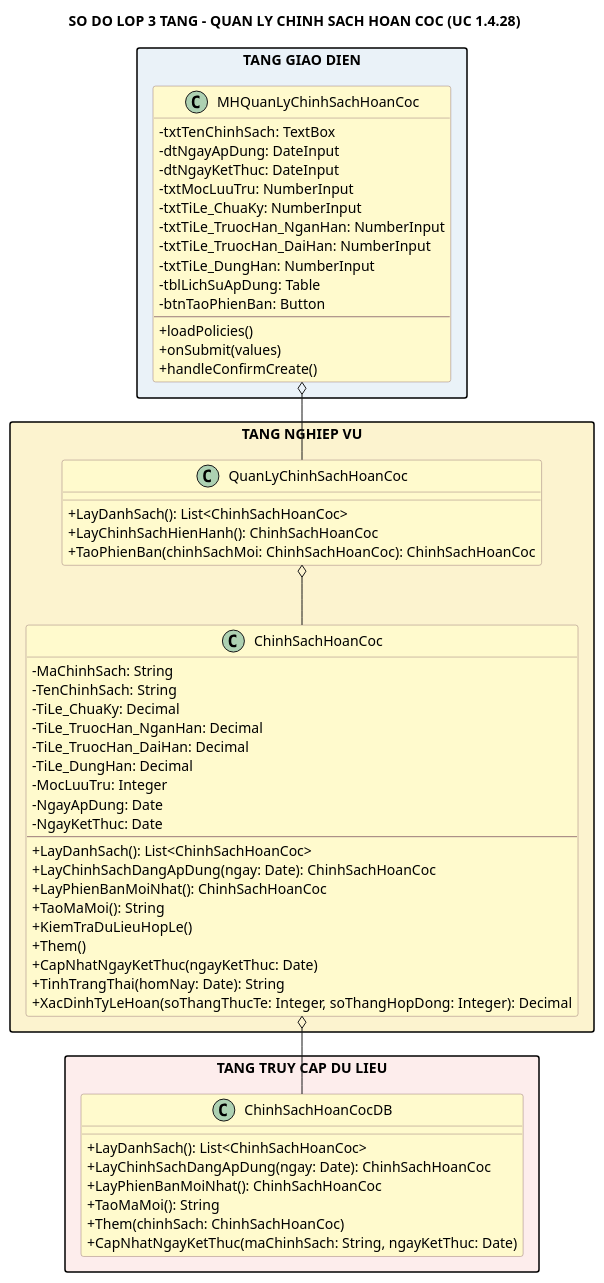
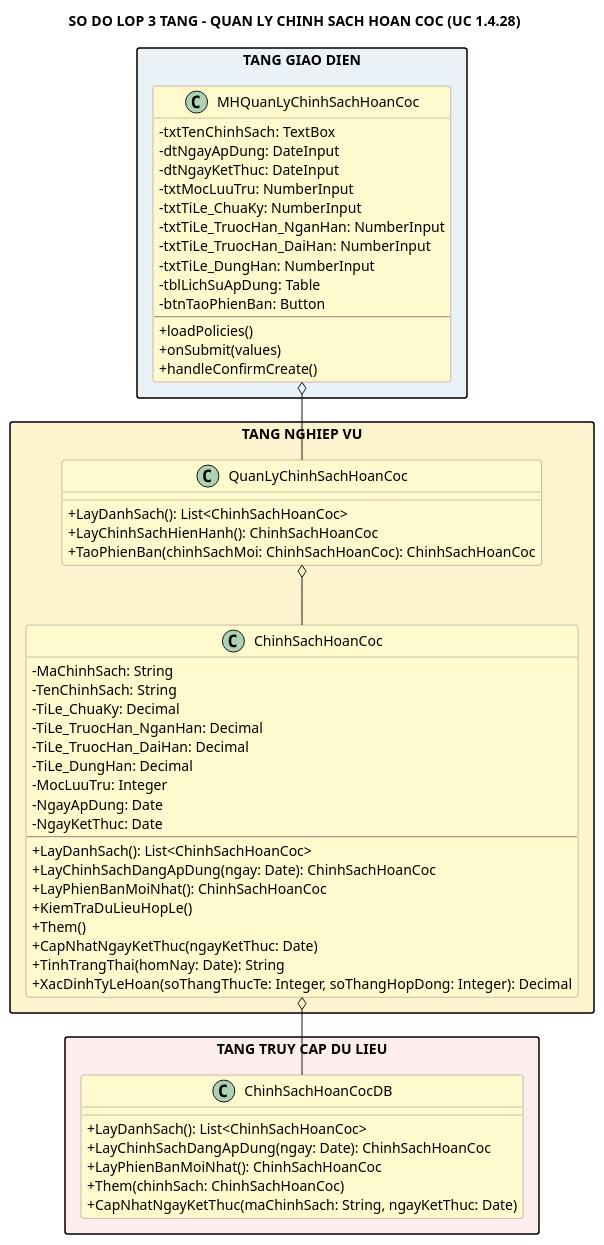
Before and after one commit to Ming1309/HomeStay-Dorm: the diagram in docs/uml/quan-ly-chinh-sach-hoan-coc-class.puml, drawn with PlantUML. The commit also changed 73 other files, not shown here.

Commit message:
feat(database): implement standardized sequential ID generation using DB sequences

```diff
--- a/docs/uml/quan-ly-chinh-sach-hoan-coc-class.puml
+++ b/docs/uml/quan-ly-chinh-sach-hoan-coc-class.puml
@@ -1,78 +1,76 @@
 @startuml
 title SO DO LOP 3 TANG - QUAN LY CHINH SACH HOAN COC (UC 1.4.28)
 
 top to bottom direction
 skinparam shadowing false
 skinparam linetype ortho
 skinparam packageStyle rectangle
 skinparam classAttributeIconSize 0
 skinparam class {
   BackgroundColor #FFFACD
   BorderColor #9B7B7B
 }
 
 package "TANG GIAO DIEN" #EAF2F8 {
   class MHQuanLyChinhSachHoanCoc {
     - txtTenChinhSach: TextBox
     - dtNgayApDung: DateInput
     - dtNgayKetThuc: DateInput
     - txtMocLuuTru: NumberInput
     - txtTiLe_ChuaKy: NumberInput
     - txtTiLe_TruocHan_NganHan: NumberInput
     - txtTiLe_TruocHan_DaiHan: NumberInput
     - txtTiLe_DungHan: NumberInput
     - tblLichSuApDung: Table
     - btnTaoPhienBan: Button
     --
     + loadPolicies()
     + onSubmit(values)
     + handleConfirmCreate()
   }
 }
 
 package "TANG NGHIEP VU" #FCF3CF {
   class QuanLyChinhSachHoanCoc {
     + LayDanhSach(): List<ChinhSachHoanCoc>
     + LayChinhSachHienHanh(): ChinhSachHoanCoc
     + TaoPhienBan(chinhSachMoi: ChinhSachHoanCoc): ChinhSachHoanCoc
   }
 
   class ChinhSachHoanCoc {
     - MaChinhSach: String
     - TenChinhSach: String
     - TiLe_ChuaKy: Decimal
     - TiLe_TruocHan_NganHan: Decimal
     - TiLe_TruocHan_DaiHan: Decimal
     - TiLe_DungHan: Decimal
     - MocLuuTru: Integer
     - NgayApDung: Date
     - NgayKetThuc: Date
     --
     + LayDanhSach(): List<ChinhSachHoanCoc>
     + LayChinhSachDangApDung(ngay: Date): ChinhSachHoanCoc
     + LayPhienBanMoiNhat(): ChinhSachHoanCoc
-    + TaoMaMoi(): String
     + KiemTraDuLieuHopLe()
     + Them()
     + CapNhatNgayKetThuc(ngayKetThuc: Date)
     + TinhTrangThai(homNay: Date): String
     + XacDinhTyLeHoan(soThangThucTe: Integer, soThangHopDong: Integer): Decimal
   }
 }
 
 package "TANG TRUY CAP DU LIEU" #FDEDEC {
   class ChinhSachHoanCocDB {
     + LayDanhSach(): List<ChinhSachHoanCoc>
     + LayChinhSachDangApDung(ngay: Date): ChinhSachHoanCoc
     + LayPhienBanMoiNhat(): ChinhSachHoanCoc
-    + TaoMaMoi(): String
     + Them(chinhSach: ChinhSachHoanCoc)
     + CapNhatNgayKetThuc(maChinhSach: String, ngayKetThuc: Date)
   }
 }
 
 MHQuanLyChinhSachHoanCoc o-- QuanLyChinhSachHoanCoc
 QuanLyChinhSachHoanCoc o-- ChinhSachHoanCoc
 ChinhSachHoanCoc o-- ChinhSachHoanCocDB
 
 @enduml
```
